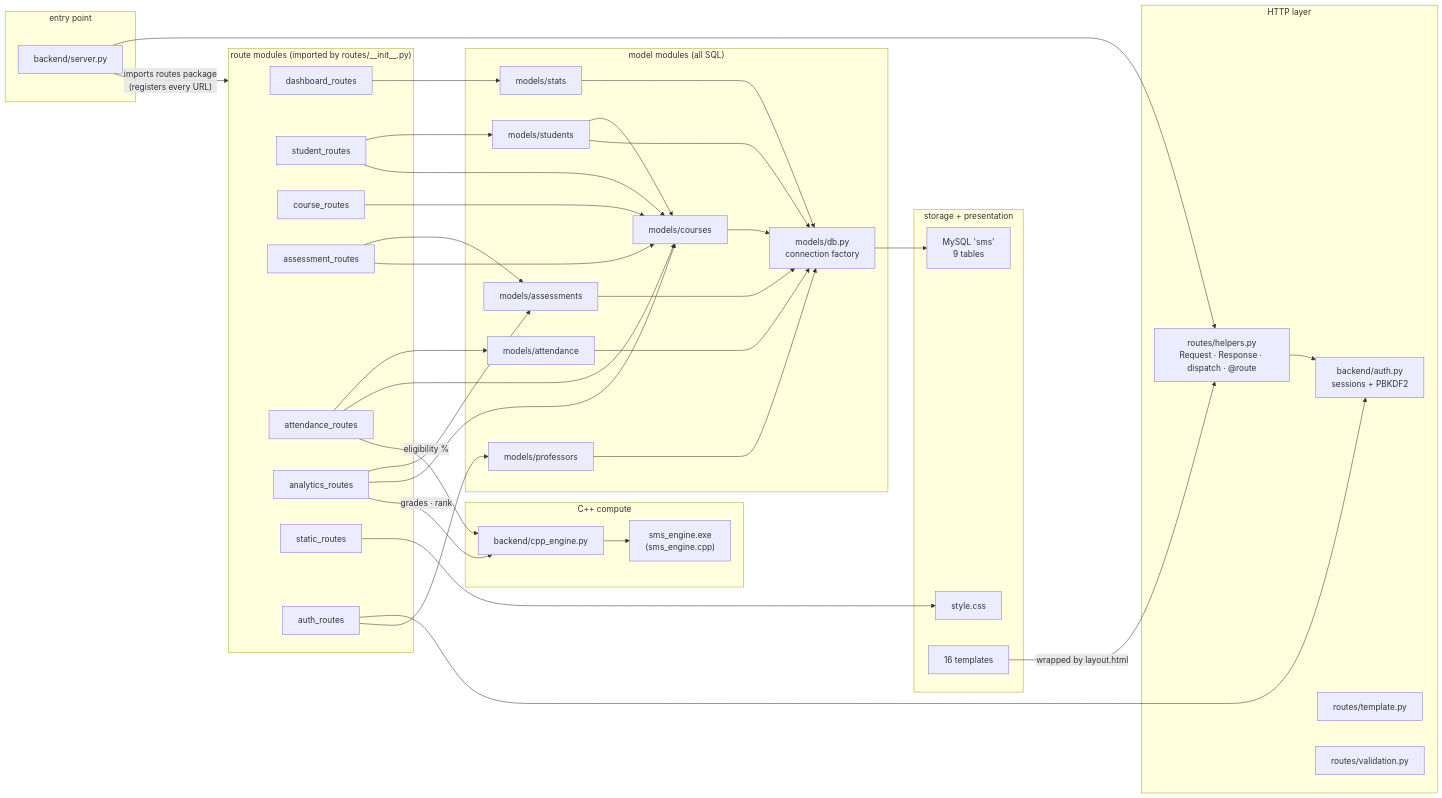
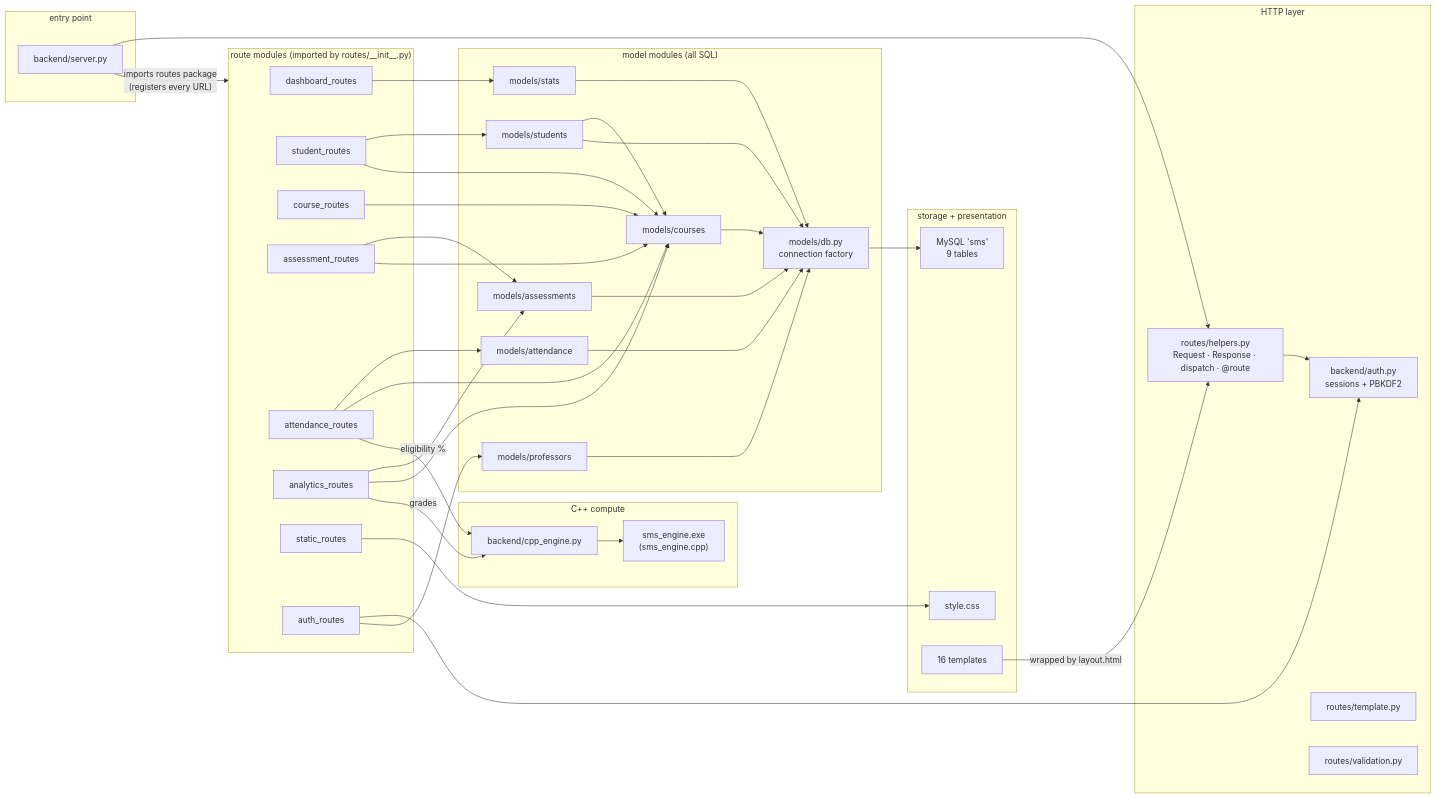
One commit to vibh0rretr0-sudo/Student-Management-System changed the third of 3 diagrams in docs/FLOWCHART.md. Above: the diagram before and after it, drawn with Mermaid. The commit also changed other lines of this file and 50 other files, not shown here.

````diff
--- a/docs/FLOWCHART.md
+++ b/docs/FLOWCHART.md
@@ -88,69 +88,69 @@
 ```mermaid
 flowchart LR
     subgraph entry["entry point"]
         SRV["backend/server.py"]
     end
     subgraph http["HTTP layer"]
         HLP["routes/helpers.py<br/>Request · Response · dispatch · @route"]
         AUTH["backend/auth.py<br/>sessions + PBKDF2"]
         TPL["routes/template.py"]
         VAL["routes/validation.py"]
     end
     subgraph routes["route modules (imported by routes/__init__.py)"]
         DR["dashboard_routes"]
         STR["student_routes"]
         CR["course_routes"]
         AR["assessment_routes"]
         ATR["attendance_routes"]
         ANR["analytics_routes"]
         STC["static_routes"]
         AUR["auth_routes"]
     end
     subgraph models["model modules (all SQL)"]
         DB["models/db.py<br/>connection factory"]
         PROF["models/professors"]
         STU["models/students"]
         CRS["models/courses"]
         ASM["models/assessments"]
         ATT["models/attendance"]
         STA["models/stats"]
     end
     subgraph engine["C++ compute"]
         ENG["backend/cpp_engine.py"]
         BIN["sms_engine.exe<br/>(sms_engine.cpp)"]
     end
     subgraph storage["storage + presentation"]
         SQL["MySQL 'sms'<br/>9 tables"]
         CSS["style.css"]
         TMPL["16 templates"]
     end
 
     SRV --> HLP
     SRV -->|"imports routes package<br/>(registers every URL)"| routes
     HLP --> AUTH
     DR --> STA
     STR --> STU
     STR --> CRS
     CR --> CRS
     AR --> ASM
     AR --> CRS
     ATR --> ATT
     ATR --> CRS
     ANR --> ASM
     ANR --> CRS
     AUR --> AUTH
     AUR --> PROF
     STU --> CRS
     PROF --> DB
     STU --> DB
     CRS --> DB
     ASM --> DB
     ATT --> DB
     STA --> DB
     ATR -->|"eligibility %"| ENG
-    ANR -->|"grades · rank"| ENG
+    ANR -->|"grades"| ENG
     ENG --> BIN
     DB --> SQL
     TMPL -->|"wrapped by layout.html"| HLP
     STC --> CSS
 ```
````
